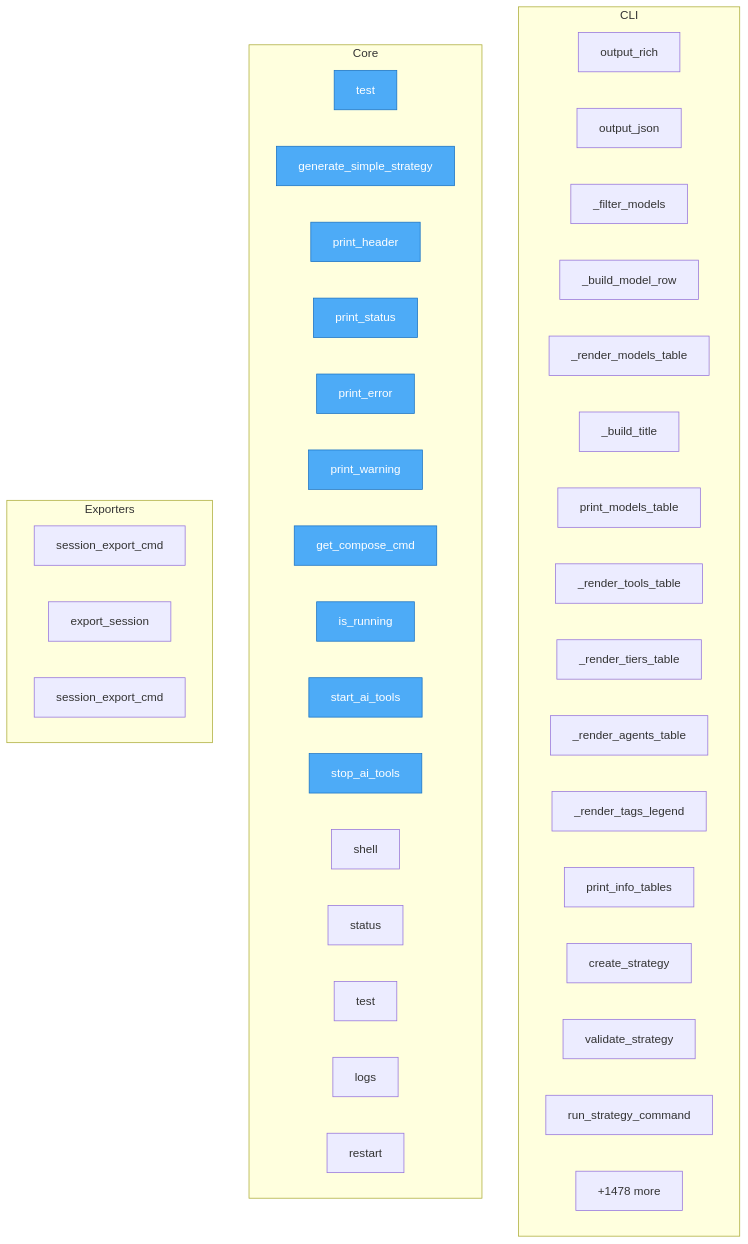
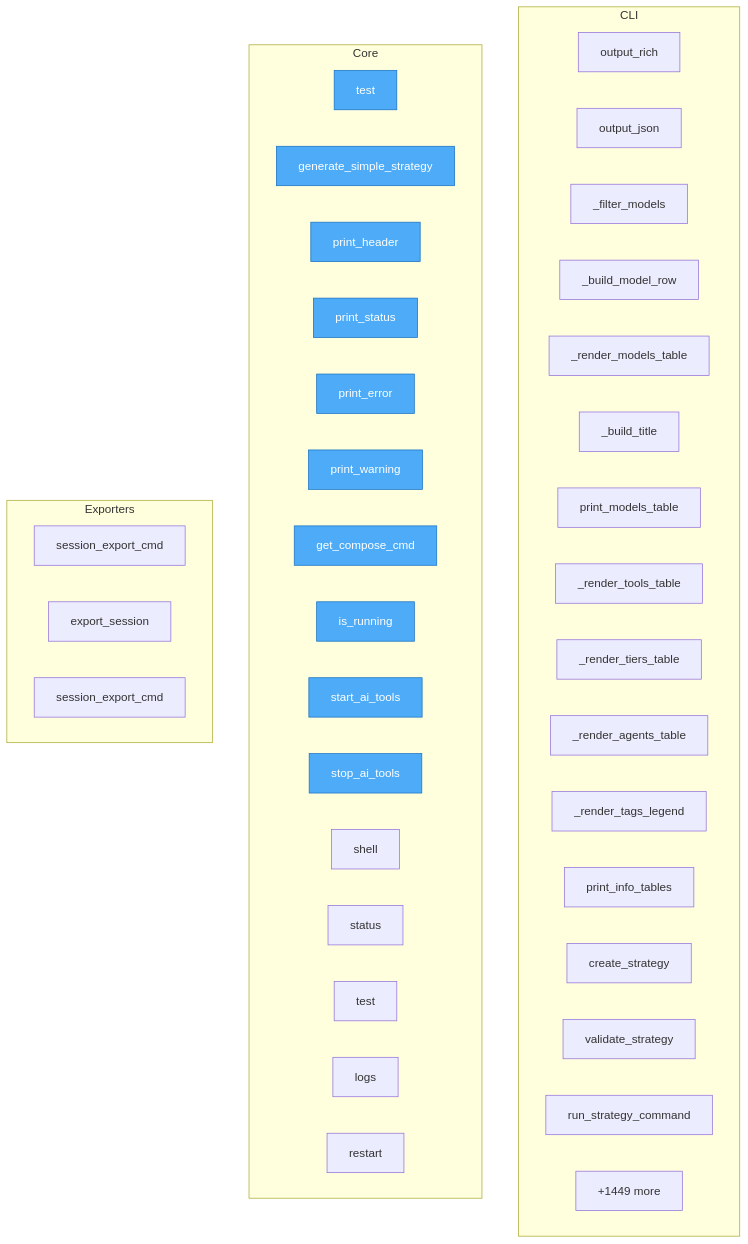
One commit to semcod/llx changed the diagram in project/flow.mmd. Above: the diagram before and after it, drawn with Mermaid. The commit also changed 77 other files, not shown here.

```diff
--- a/project/flow.mmd
+++ b/project/flow.mmd
@@ -1,50 +1,50 @@
 flowchart TD
 
     %% Entry points (blue)
     classDef entry fill:#4dabf7,stroke:#1971c2,color:#fff
 
     subgraph CLI
         llx__cli__formatters__output_rich["output_rich"]
         llx__cli__formatters__output_json["output_json"]
         llx__cli__formatters___filter_models["_filter_models"]
         llx__cli__formatters___build_model_row["_build_model_row"]
         llx__cli__formatters___render_models_table["_render_models_table"]
         llx__cli__formatters___build_title["_build_title"]
         llx__cli__formatters__print_models_table["print_models_table"]
         llx__cli__formatters___render_tools_table["_render_tools_table"]
         llx__cli__formatters___render_tiers_table["_render_tiers_table"]
         llx__cli__formatters___render_agents_table["_render_agents_table"]
         llx__cli__formatters___render_tags_legend["_render_tags_legend"]
         llx__cli__formatters__print_info_tables["print_info_tables"]
         llx__cli__strategy_commands__create_strategy["create_strategy"]
         llx__cli__strategy_commands__validate_strategy["validate_strategy"]
         llx__cli__strategy_commands__run_strategy_command["run_strategy_command"]
         ...["+25 more"]
     end
 
     subgraph Core
         trace__test["test"]
         simple_generate__generate_simple_strategy["generate_simple_strategy"]
         ai_tools_manage__print_header["print_header"]
         ai_tools_manage__print_status["print_status"]
         ai_tools_manage__print_error["print_error"]
         ai_tools_manage__print_warning["print_warning"]
         ai_tools_manage__get_compose_cmd["get_compose_cmd"]
         ai_tools_manage__is_running["is_running"]
         ai_tools_manage__start_ai_tools["start_ai_tools"]
         ai_tools_manage__stop_ai_tools["stop_ai_tools"]
         ai_tools_manage__shell["shell"]
         ai_tools_manage__status["status"]
         ai_tools_manage__test["test"]
         ai_tools_manage__logs["logs"]
         ai_tools_manage__restart["restart"]
-        ...["+1478 more"]
+        ...["+1449 more"]
     end
 
     subgraph Exporters
         llx__prellm__cli__session_export_cmd["session_export_cmd"]
         llx__prellm__context__user_memory__UserMemory__export_session["export_session"]
         project__map__toon__session_export_cmd["session_export_cmd"]
     end
 
     class trace__test,simple_generate__generate_simple_strategy,ai_tools_manage__print_header,ai_tools_manage__print_status,ai_tools_manage__print_error,ai_tools_manage__print_warning,ai_tools_manage__get_compose_cmd,ai_tools_manage__is_running,ai_tools_manage__start_ai_tools,ai_tools_manage__stop_ai_tools entry
```
